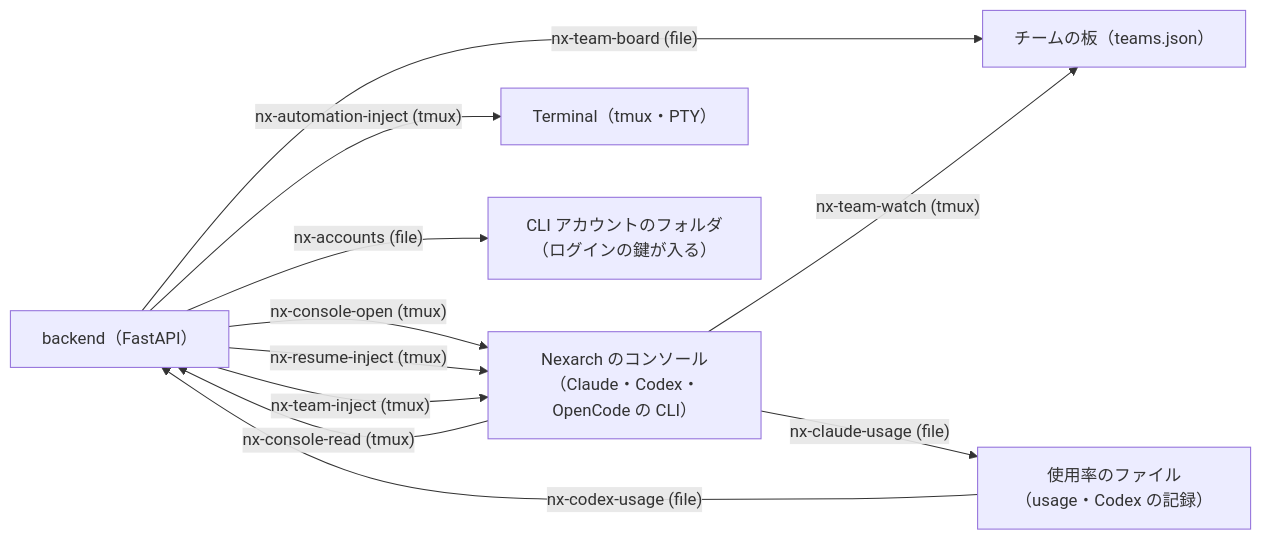
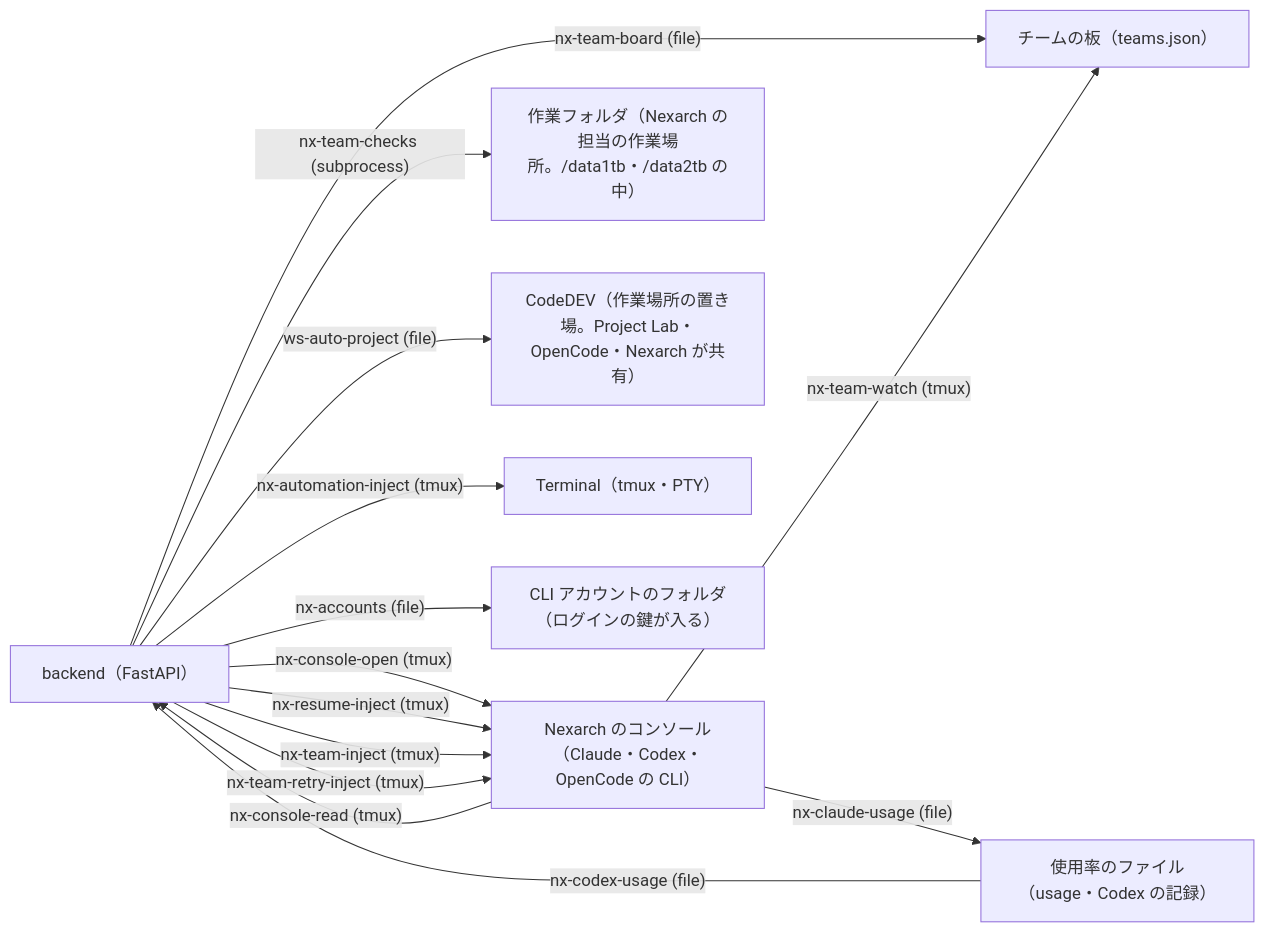
One commit to souten-yd/ControlDeck changed the fifth of 9 diagrams in docs/ROUTE-MAP.md. Above: the diagram before and after it, drawn with Mermaid. The commit also changed other lines of this file and 1 other file, not shown here.

First line of the commit message:
ルートの地図: 確認のコマンド・再挑戦の送り込み・作業場所の自動作成を足す（関門が T2b の送り込みを見つけた）

````diff
--- a/docs/ROUTE-MAP.md
+++ b/docs/ROUTE-MAP.md
@@ -190,19 +190,24 @@
 ```mermaid
 flowchart LR
   backend["backend（FastAPI）"]
   console["Nexarch のコンソール（Claude・Codex・OpenCode の CLI）"]
+  workdir["作業フォルダ（Nexarch の担当の作業場所。/data1tb・/data2tb の中）"]
+  codedev["CodeDEV（作業場所の置き場。Project Lab・OpenCode・Nexarch が共有）"]
   terminal["Terminal（tmux・PTY）"]
   board["チームの板（teams.json）"]
   usage_files["使用率のファイル（usage・Codex の記録）"]
   cli_accounts["CLI アカウントのフォルダ（ログインの鍵が入る）"]
   backend -->|"nx-console-open (tmux)"| console
   console -->|"nx-console-read (tmux)"| backend
   backend -->|"nx-resume-inject (tmux)"| console
   backend -->|"nx-team-inject (tmux)"| console
+  backend -->|"nx-team-checks (subprocess)"| workdir
+  backend -->|"nx-team-retry-inject (tmux)"| console
+  backend -->|"ws-auto-project (file)"| codedev
   backend -->|"nx-automation-inject (tmux)"| terminal
   backend -->|"nx-team-board (file)"| board
   console -->|"nx-team-watch (tmux)"| board
   console -->|"nx-claude-usage (file)"| usage_files
   usage_files -->|"nx-codex-usage (file)"| backend
   backend -->|"nx-accounts (file)"| cli_accounts
 ```
````
